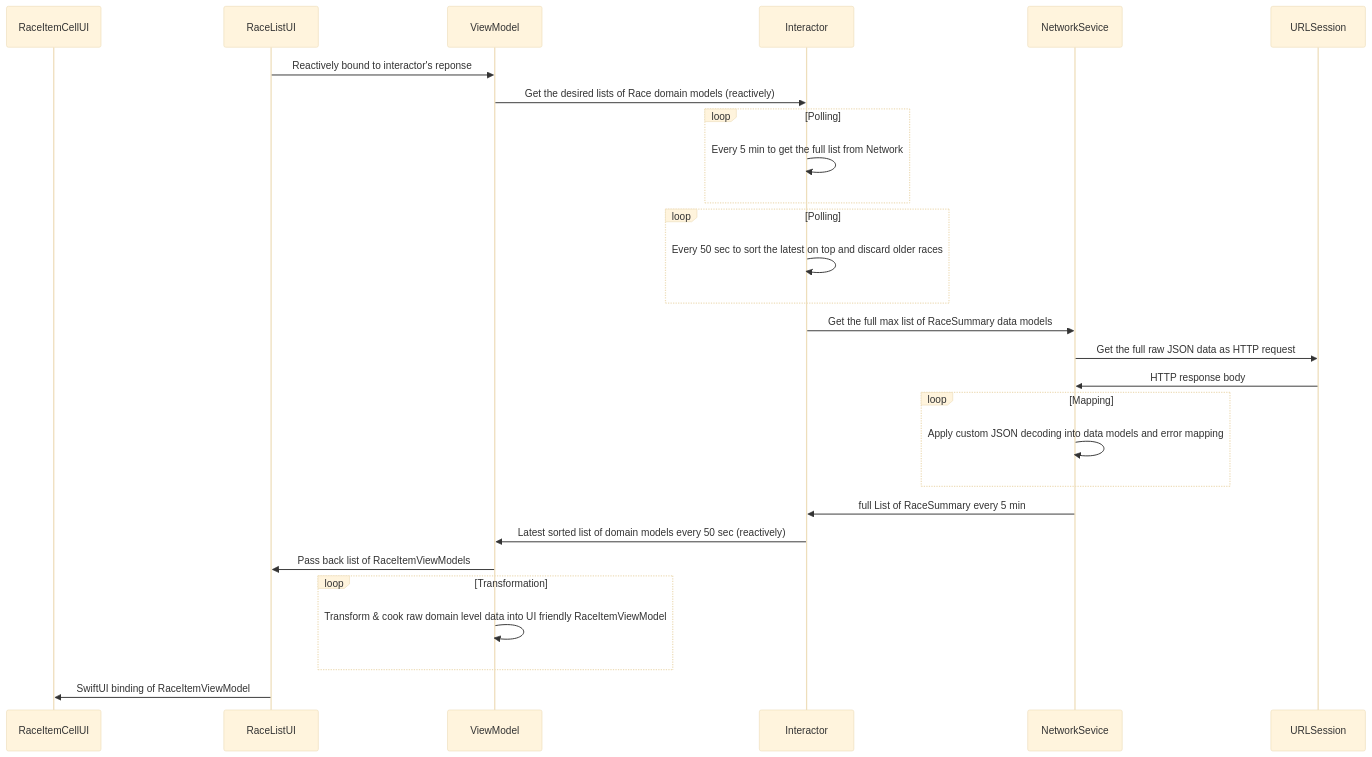
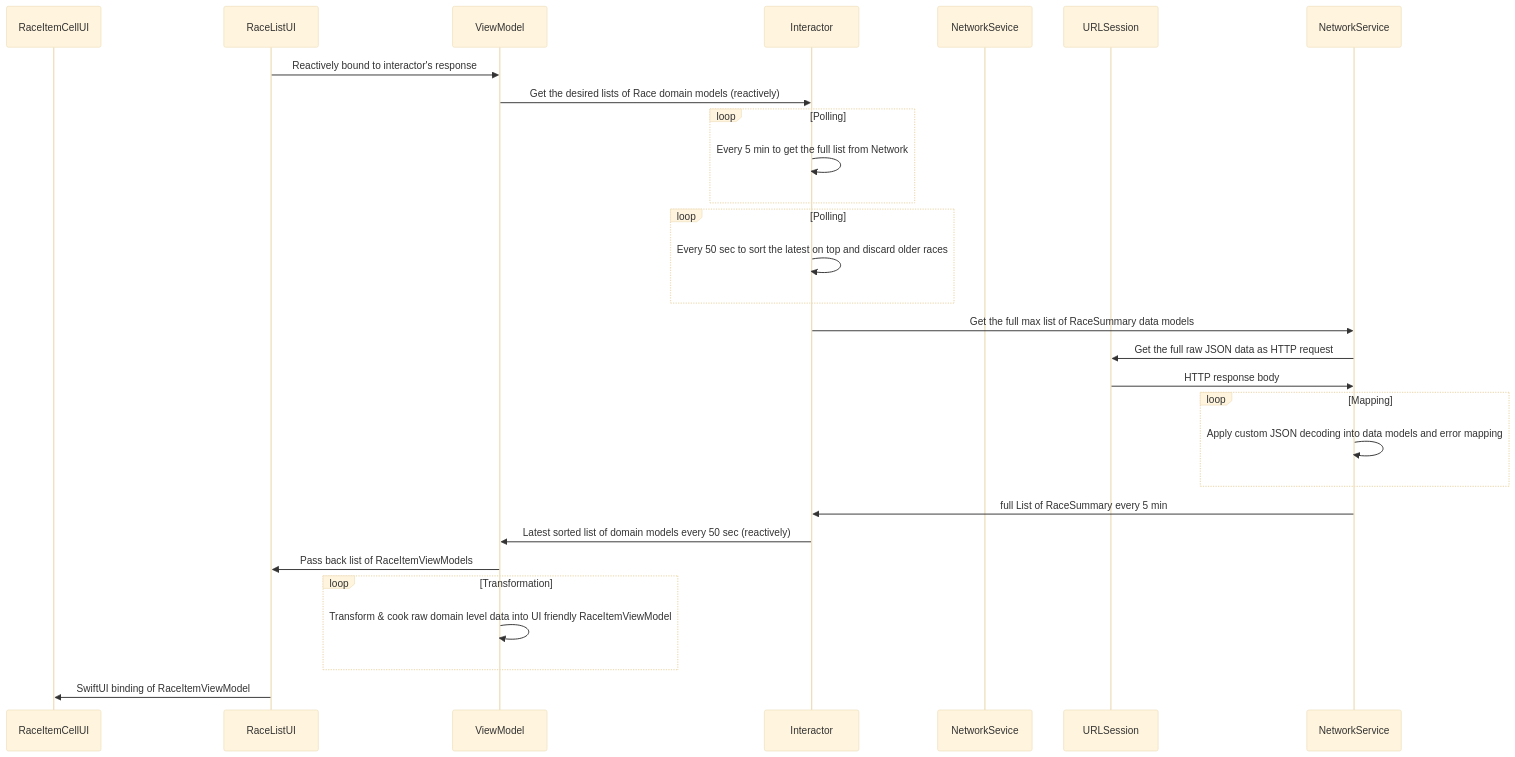
Before and after one commit to arinjoy/next-to-go: the second of 3 diagrams in README.md, drawn with Mermaid (base theme). The commit also changed other lines of this file and 1 other file, not shown here.

````diff
--- a/README.md
+++ b/README.md
@@ -51,36 +51,36 @@
 ```mermaid
 sequenceDiagram
     participant  RaceItemCellUI
     participant RaceListUI
     participant ViewModel
     participant Interactor
     participant NetworkSevice
     participant URLSession
 
-    RaceListUI->>ViewModel: Reactively bound to interactor's reponse
+    RaceListUI->>ViewModel: Reactively bound to interactor's response
     
     ViewModel->>Interactor: Get the desired lists of Race domain models (reactively)
     loop Polling
         Interactor->>Interactor: Every 5 min to get the full list from Network
     end
     loop Polling
         Interactor->>Interactor: Every 50 sec to sort the latest on top and discard older races
     end
 
-    Interactor->>NetworkSevice: Get the full max list of RaceSummary data models
-    NetworkSevice->>URLSession: Get the full raw JSON data as HTTP request
-    URLSession->>NetworkSevice: HTTP response body
+    Interactor->>NetworkService: Get the full max list of RaceSummary data models
+    NetworkService->>URLSession: Get the full raw JSON data as HTTP request
+    URLSession->>NetworkService: HTTP response body
     loop Mapping
-        NetworkSevice->>NetworkSevice:  Apply custom JSON decoding into data models and error mapping
+        NetworkService->>NetworkService:  Apply custom JSON decoding into data models and error mapping
     end
 
-    NetworkSevice->>Interactor: full List of RaceSummary every 5 min
+    NetworkService->>Interactor: full List of RaceSummary every 5 min
     Interactor->>ViewModel: Latest sorted list of domain models every 50 sec (reactively)
 
     ViewModel->>RaceListUI: Pass back list of RaceItemViewModels
     loop Transformation
         ViewModel->>ViewModel: Transform & cook raw domain level data into UI friendly RaceItemViewModel
     end
 
    RaceListUI->>RaceItemCellUI: SwiftUI binding of RaceItemViewModel
 ```
````
